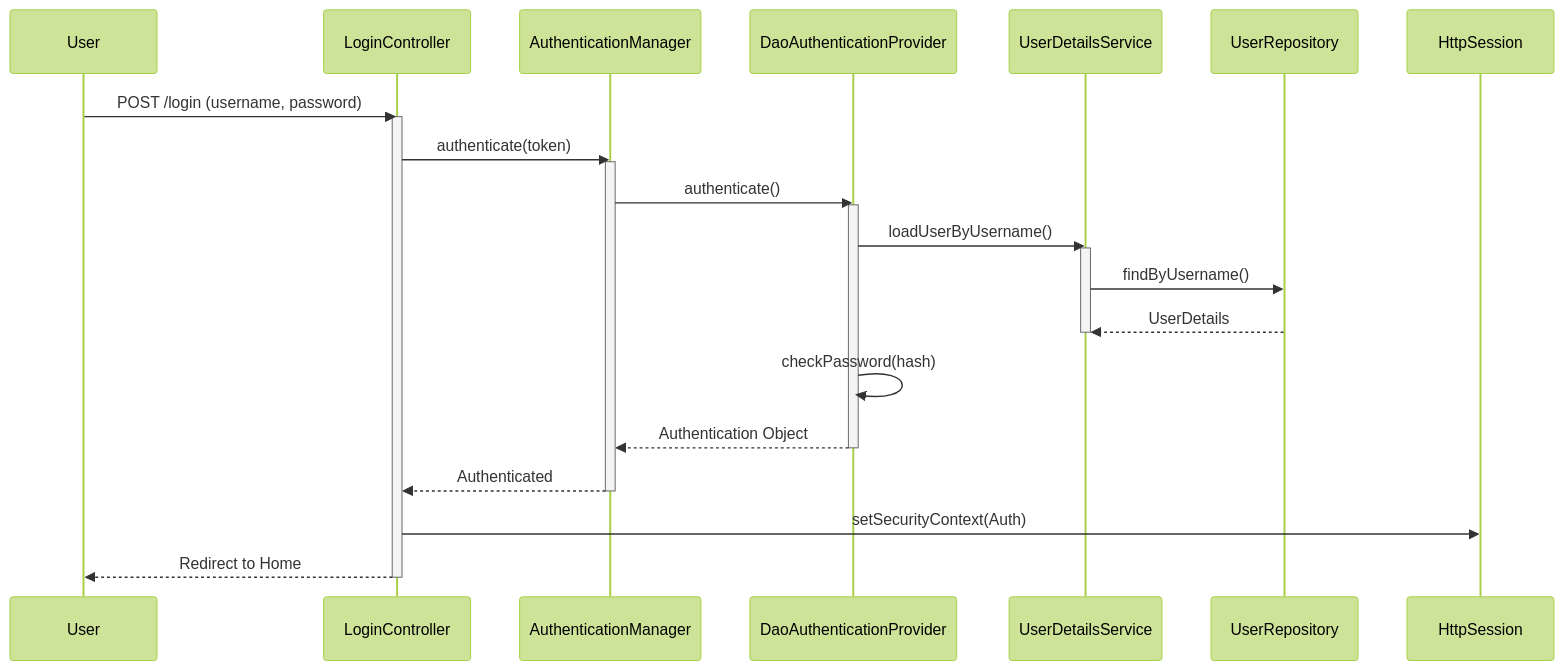
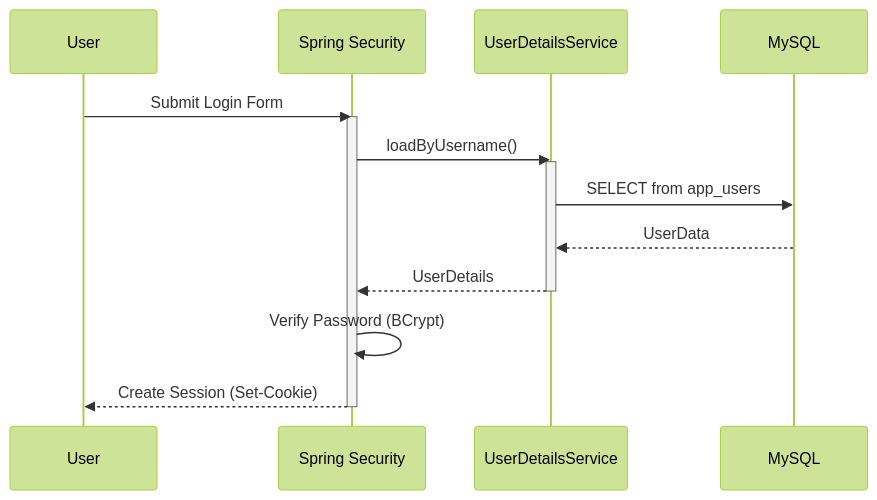
The fourth of 5 diagrams in docs/uml_diagrams.md (Rebbouh-Mohamed/Marketplace-App), drawn with Mermaid (forest theme) before and after one commit. The commit also changed other lines of this file and 8 other files, not shown here.

````diff
--- a/docs/uml_diagrams.md
+++ b/docs/uml_diagrams.md
@@ -199,36 +107,20 @@
 ```mermaid
 sequenceDiagram
     participant User
-    participant Controller as LoginController
-    participant AuthMgr as AuthenticationManager
-    participant Provider as DaoAuthenticationProvider
+    participant Sec as Spring Security
     participant Service as UserDetailsService
-    participant Repo as UserRepository
-    participant Session as HttpSession
+    participant DB as MySQL
 
-    User->>Controller: POST /login (username, password)
-    activate Controller
-    
-    Controller->>AuthMgr: authenticate(token)
-    activate AuthMgr
-    
-    AuthMgr->>Provider: authenticate()
-    activate Provider
-    
-    Provider->>Service: loadUserByUsername()
+    User->>Sec: Submit Login Form
+    activate Sec
+    Sec->>Service: loadByUsername()
     activate Service
-    Service->>Repo: findByUsername()
-    Repo-->>Service: UserDetails
+    Service->>DB: SELECT from app_users
+    DB-->>Service: UserData
+    Service-->>Sec: UserDetails
     deactivate Service
     
-    Provider->>Provider: checkPassword(hash)
-    Provider-->>AuthMgr: Authentication Object
-    deactivate Provider
-    
-    AuthMgr-->>Controller: Authenticated
-    deactivate AuthMgr
-    
-    Controller->>Session: setSecurityContext(Auth)
-    Controller-->>User: Redirect to Home
-    deactivate Controller
+    Sec->>Sec: Verify Password (BCrypt)
+    Sec-->>User: Create Session (Set-Cookie)
+    deactivate Sec
 ```
````
